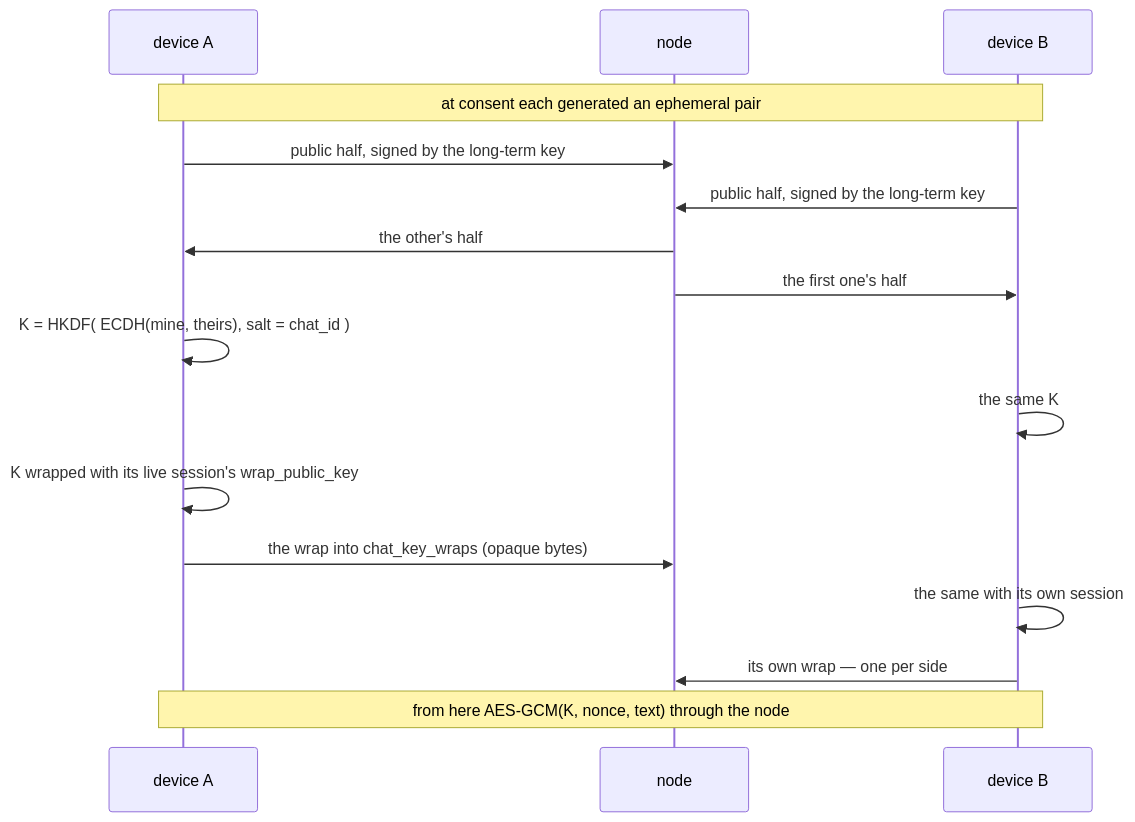
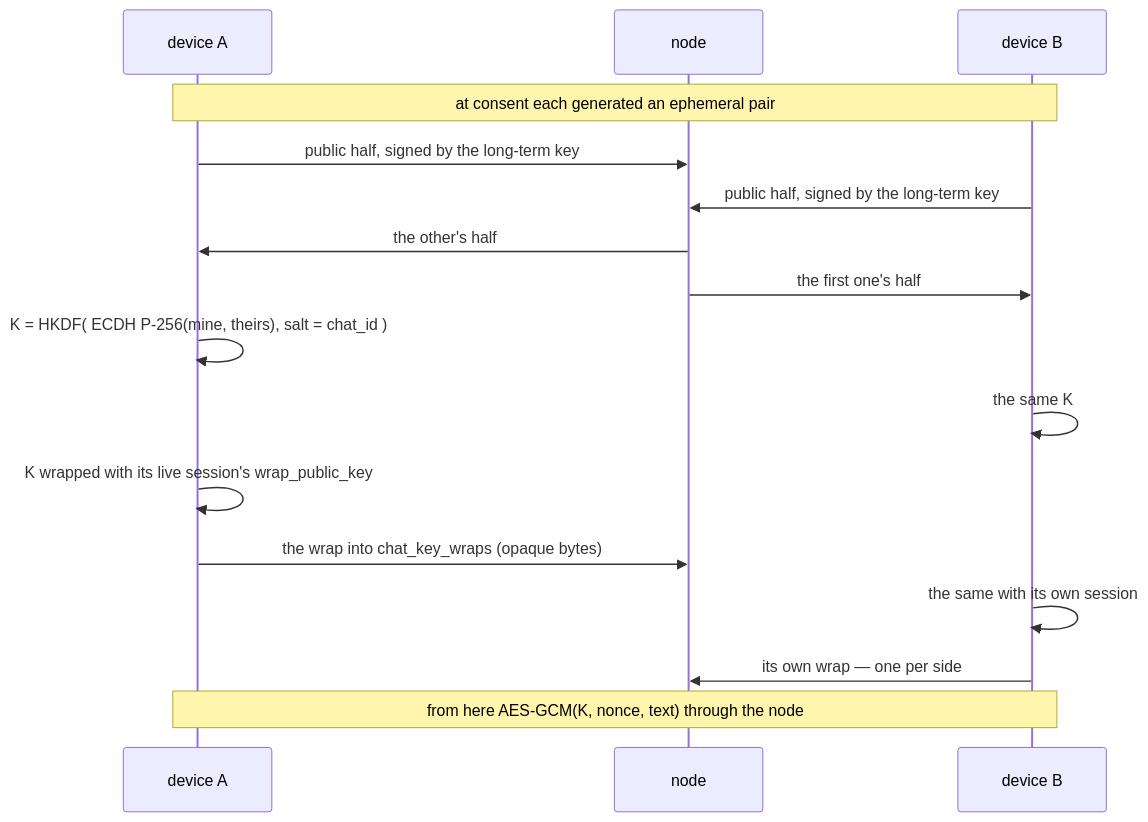
Diagram 13 of 26 in docs/chat-flows_EN.md (panov-id/xor.ad), drawn with Mermaid before and after one commit. The commit also changed other lines of this file and 7 other files, not shown here.

````diff
--- a/docs/chat-flows_EN.md
+++ b/docs/chat-flows_EN.md
@@ -422,18 +424,18 @@
 ```mermaid
 sequenceDiagram
   participant A as device A
   participant N as node
   participant B as device B
   Note over A,B: at consent each generated an ephemeral pair
   A->>N: public half, signed by the long-term key
   B->>N: public half, signed by the long-term key
   N->>A: the other's half
   N->>B: the first one's half
-  A->>A: K = HKDF#40; ECDH#40;mine, theirs#41;, salt = chat_id #41;
+  A->>A: K = HKDF#40; ECDH P-256#40;mine, theirs#41;, salt = chat_id #41;
   B->>B: the same K
   A->>A: K wrapped with its live session's wrap_public_key
   A->>N: the wrap into chat_key_wraps #40;opaque bytes#41;
   B->>B: the same with its own session
   B->>N: its own wrap — one per side
   Note over A,B: from here AES-GCM#40;K, nonce, text#41; through the node
 ```
````
